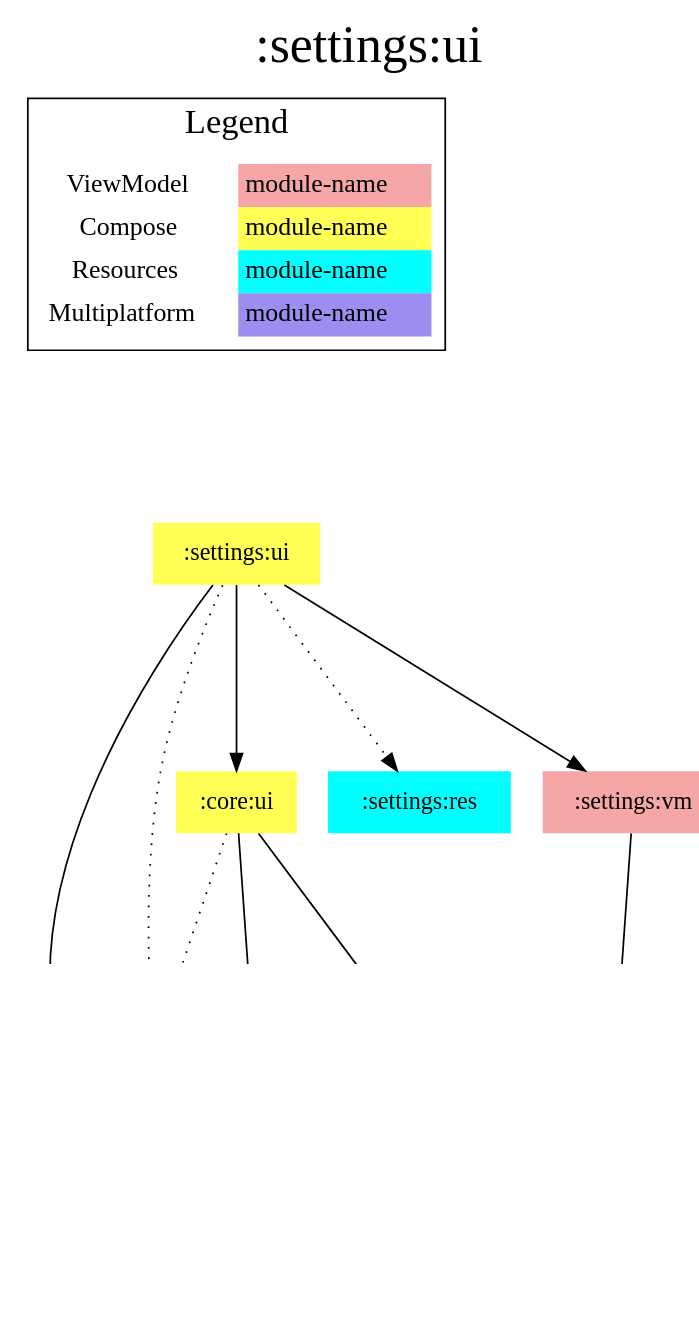
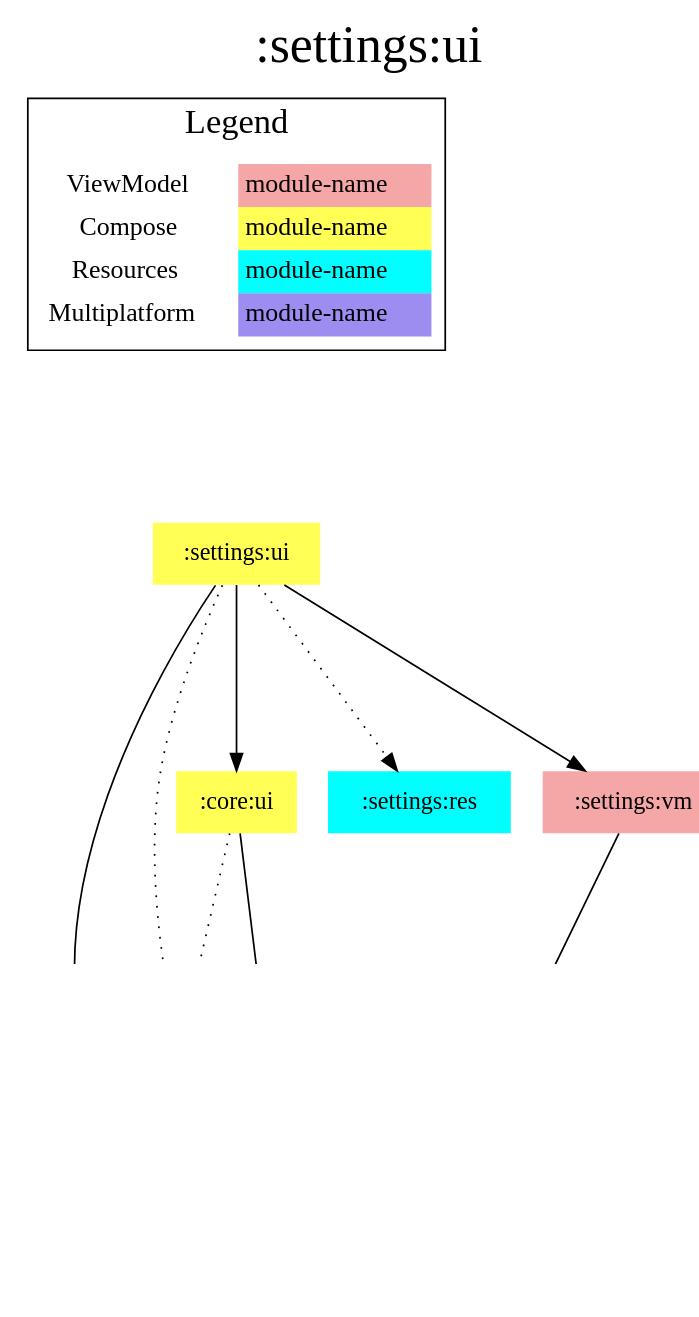
The diagram in modules/settings/ui/modules.dot (jonapoul/aktual), drawn with Graphviz before and after one commit. The commit also changed 59 other files, not shown here.

Commit message:
core:versions -> core:model

```diff
--- a/modules/settings/ui/modules.dot
+++ b/modules/settings/ui/modules.dot
@@ -1,39 +1,37 @@
 digraph {
 edge ["dir"="forward"]
 graph ["dpi"="100","label"=":settings:ui","labelloc"="t","fontsize"="30","ranksep"="1.5","rankdir"="TB"]
 node ["style"="filled"]
 ":core:model" ["fillcolor"="#9D8DF1","shape"="none"]
 ":core:res" ["fillcolor"="#00FFFF","shape"="none"]
 ":core:ui" ["fillcolor"="#FFFF55","shape"="none"]
-":core:versions" ["fillcolor"="#9D8DF1","shape"="none"]
 ":prefs" ["fillcolor"="#9D8DF1","shape"="none"]
 ":settings:res" ["fillcolor"="#00FFFF","shape"="none"]
 ":settings:ui" ["fillcolor"="#FFFF55","shape"="none"]
 ":settings:vm" ["fillcolor"="#F5A6A6","shape"="none"]
 {
 edge ["dir"="none"]
 graph ["rank"="same"]
 }
 ":core:ui" -> ":core:model"
 ":core:ui" -> ":core:res" ["style"="dotted"]
-":core:ui" -> ":core:versions"
 ":prefs" -> ":core:model"
 ":settings:ui" -> ":core:model"
 ":settings:ui" -> ":core:res" ["style"="dotted"]
 ":settings:ui" -> ":core:ui"
 ":settings:ui" -> ":settings:res" ["style"="dotted"]
 ":settings:ui" -> ":settings:vm"
 ":settings:vm" -> ":prefs"
 subgraph "cluster_legend" {
 edge ["dir"="none"]
 graph ["label"="Legend","fontsize"="20"]
 "Legend" ["style"="filled","fillcolor"="#FFFFFF","shape"="none","margin"="0","fontsize"="15","label"=<
 <TABLE BORDER="0" CELLBORDER="0" CELLSPACING="0" CELLPADDING="4">
 <TR><TD>ViewModel</TD><TD BGCOLOR="#F5A6A6">module-name</TD></TR>
 <TR><TD>Compose</TD><TD BGCOLOR="#FFFF55">module-name</TD></TR>
 <TR><TD>Resources</TD><TD BGCOLOR="#00FFFF">module-name</TD></TR>
 <TR><TD>Multiplatform</TD><TD BGCOLOR="#9D8DF1">module-name</TD></TR>
 </TABLE>
 >]
 } -> ":settings:ui" ["style"="invis"]
 }
```
